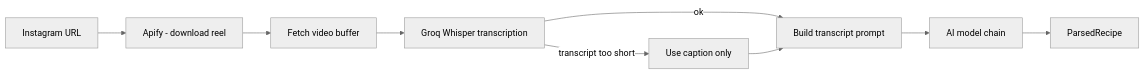
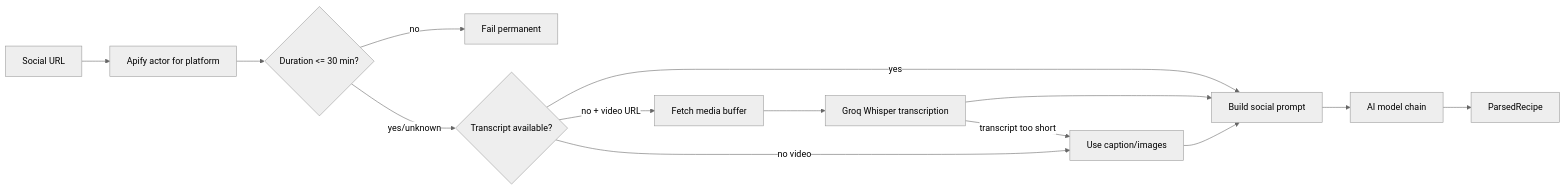
One commit to Sailarn/RecipAI changed the third of 7 diagrams in docs/explanation/parse-pipeline.md. Above: the diagram before and after it, drawn with Mermaid (neutral theme). The commit also changed other lines of this file and 27 other files, not shown here.

````diff
--- a/docs/explanation/parse-pipeline.md
+++ b/docs/explanation/parse-pipeline.md
@@ -56,11 +56,16 @@
 ```mermaid
 graph LR
-    A[Instagram URL] --> B[Apify - download reel]
-    B --> C[Fetch video buffer]
-    C --> D[Groq Whisper transcription]
-    D -->|transcript too short| E[Use caption only]
-    D -->|ok| F[Build transcript prompt]
+    A[Social URL] --> B[Apify actor for platform]
+    B --> L{Duration <= 30 min?}
+    L -->|no| X[Fail permanent]
+    L -->|yes/unknown| C{Transcript available?}
+    C -->|yes| F[Build social prompt]
+    C -->|no + video URL| D[Fetch media buffer]
+    D --> E[Groq Whisper transcription]
     E --> F
-    F --> G[AI model chain]
-    G --> H[ParsedRecipe]
+    C -->|no video| G[Use caption/images]
+    E -->|transcript too short| G
+    G --> F
+    F --> H[AI model chain]
+    H --> I[ParsedRecipe]
 ```
````
